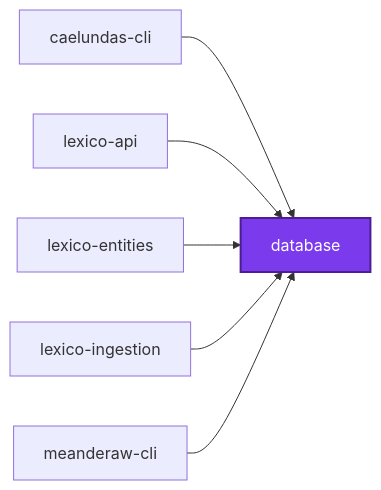
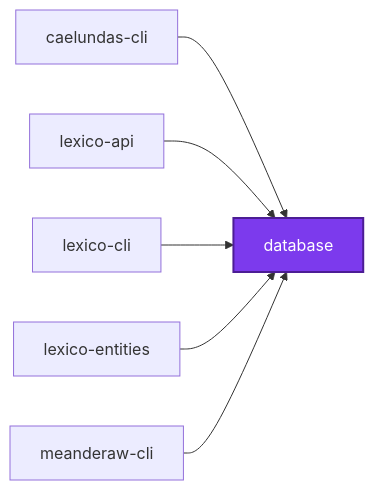
The first of 3 diagrams in packages/database/README.md (Organizzolini/codebase), drawn with Mermaid before and after one commit. The commit also changed 1429 other files, not shown here.

Commit message:
refactor(lexico-cli): ♻️ rename lexico-ingestion to lexico-cli under the applications/lexico group

````diff
--- a/packages/database/README.md
+++ b/packages/database/README.md
@@ -275,16 +275,16 @@
 ```mermaid
 graph LR
   caelundas_cli["caelundas-cli"]
   database["database"]
   lexico_api["lexico-api"]
+  lexico_cli["lexico-cli"]
   lexico_entities["lexico-entities"]
-  lexico_ingestion["lexico-ingestion"]
   meanderaw_cli["meanderaw-cli"]
   caelundas_cli --> database
   lexico_api --> database
+  lexico_cli --> database
   lexico_entities --> database
-  lexico_ingestion --> database
   meanderaw_cli --> database
   classDef subject fill:#7c3aed,color:#fff,stroke:#4c1d95,stroke-width:2px
   class database subject
 ```
````
